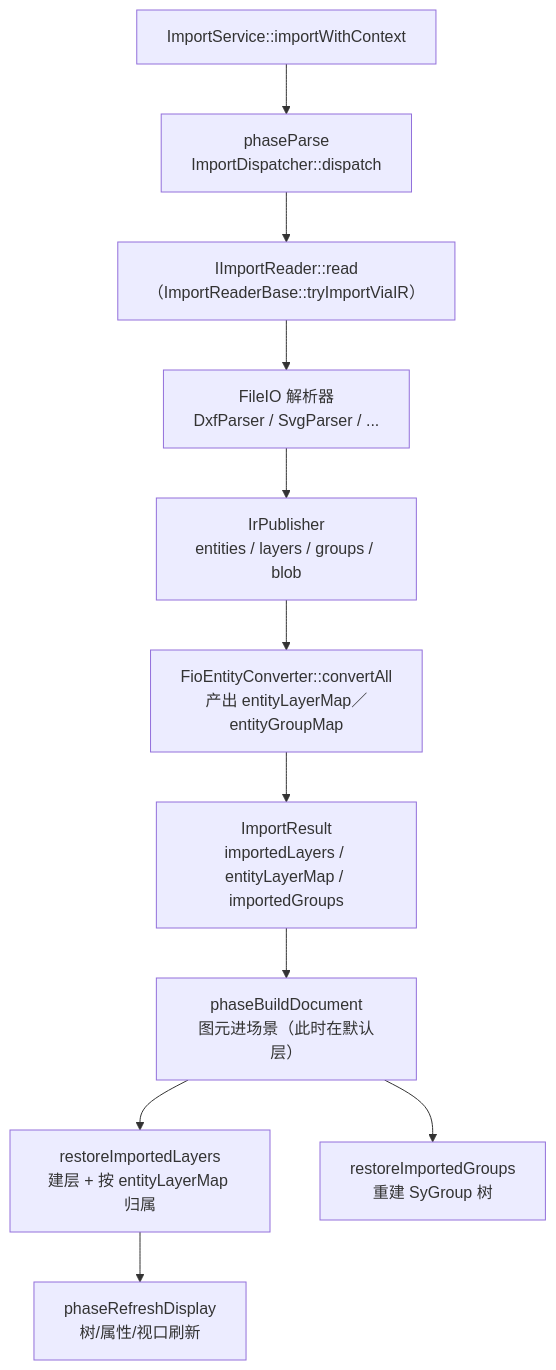
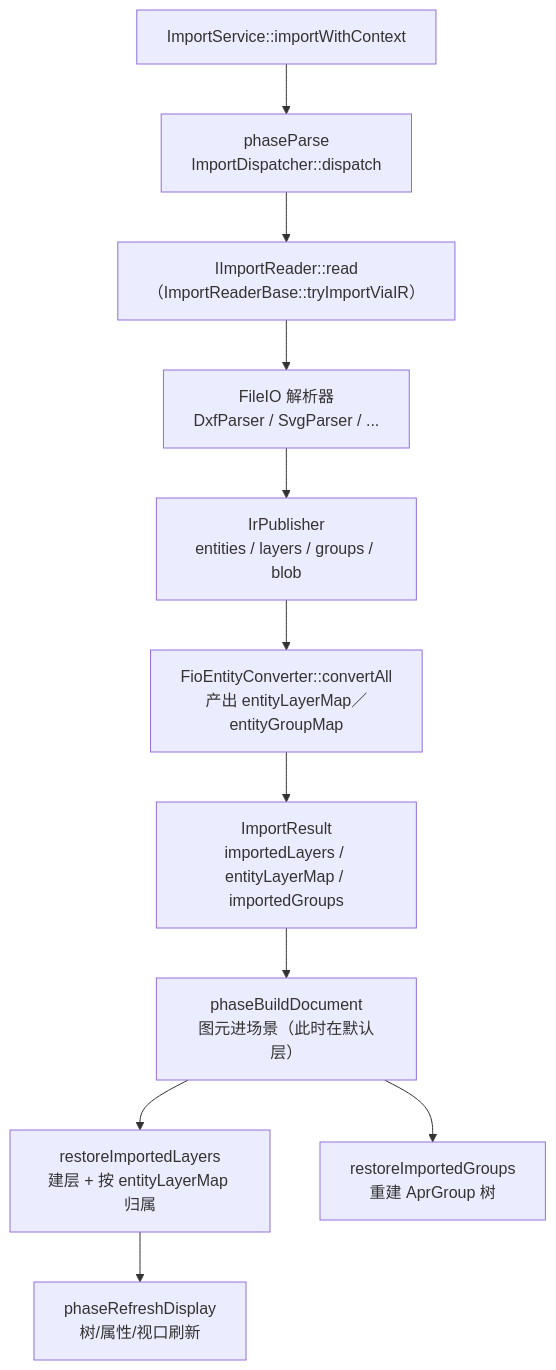
Before and after one commit to yulinxx/CAD: the seventh of 12 diagrams in Docs/01-当前架构/图层.md, drawn with Mermaid. The commit also changed other lines of this file and 326 other files, not shown here.

````diff
--- a/Docs/01-当前架构/图层.md
+++ b/Docs/01-当前架构/图层.md
@@ -230,13 +230,13 @@
 ```mermaid
 flowchart TD
     A["ImportService::importWithContext"] --> B["phaseParse<br/>ImportDispatcher::dispatch"]
     B --> C["IImportReader::read<br/>（ImportReaderBase::tryImportViaIR）"]
     C --> D["FileIO 解析器<br/>DxfParser / SvgParser / ..."]
     D --> E["IrPublisher<br/>entities / layers / groups / blob"]
     E --> F["FioEntityConverter::convertAll<br/>产出 entityLayerMap／entityGroupMap"]
     F --> G["ImportResult<br/>importedLayers / entityLayerMap / importedGroups"]
     G --> H["phaseBuildDocument<br/>图元进场景（此时在默认层）"]
     H --> I["restoreImportedLayers<br/>建层 + 按 entityLayerMap 归属"]
-    H --> J["restoreImportedGroups<br/>重建 SyGroup 树"]
+    H --> J["restoreImportedGroups<br/>重建 AprGroup 树"]
     I --> K["phaseRefreshDisplay<br/>树/属性/视口刷新"]
 ```
````
